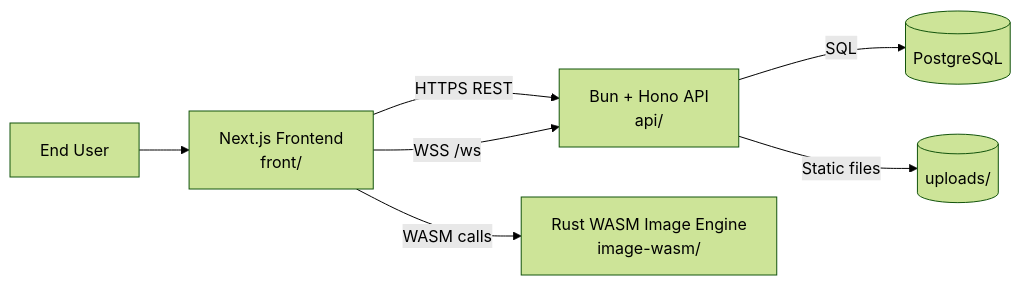
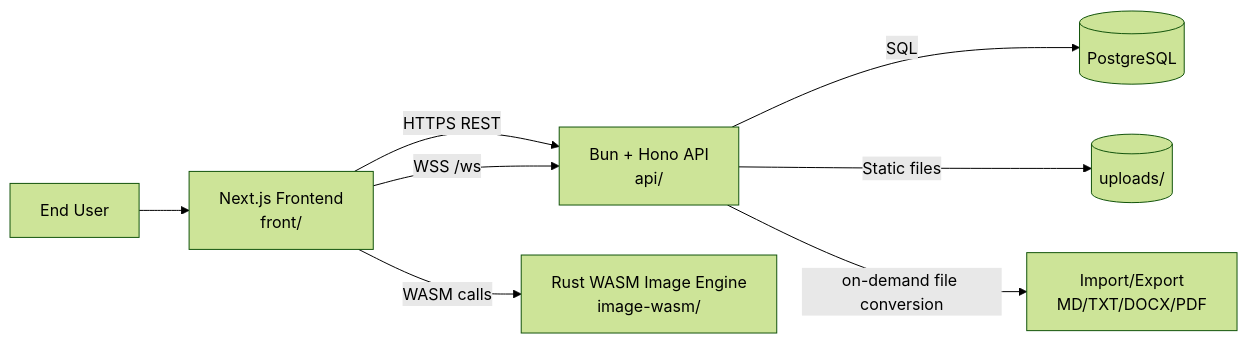
Before and after one commit to duongdk099/cluster-offline: the first of 12 diagrams in architecture.md, drawn with Mermaid (forest theme). The commit also changed other lines of this file and 8 other files, not shown here.

First line of the commit message:
feat: add note import functionality with support for Markdown, TXT, and DOCX formats

````diff
--- a/architecture.md
+++ b/architecture.md
@@ -8,9 +8,10 @@
 ```mermaid
 flowchart LR
     User[End User] --> Frontend[Next.js Frontend\nfront/]
     Frontend -->|HTTPS REST| API[Bun + Hono API\napi/]
     Frontend -->|WSS /ws| API
     API -->|SQL| Postgres[(PostgreSQL)]
     Frontend -->|WASM calls| Wasm[Rust WASM Image Engine\nimage-wasm/]
     API -->|Static files| Uploads[(uploads/)]
+    API -->|on-demand file conversion| FileIO[Import/Export\nMD/TXT/DOCX/PDF]
 ```
````
